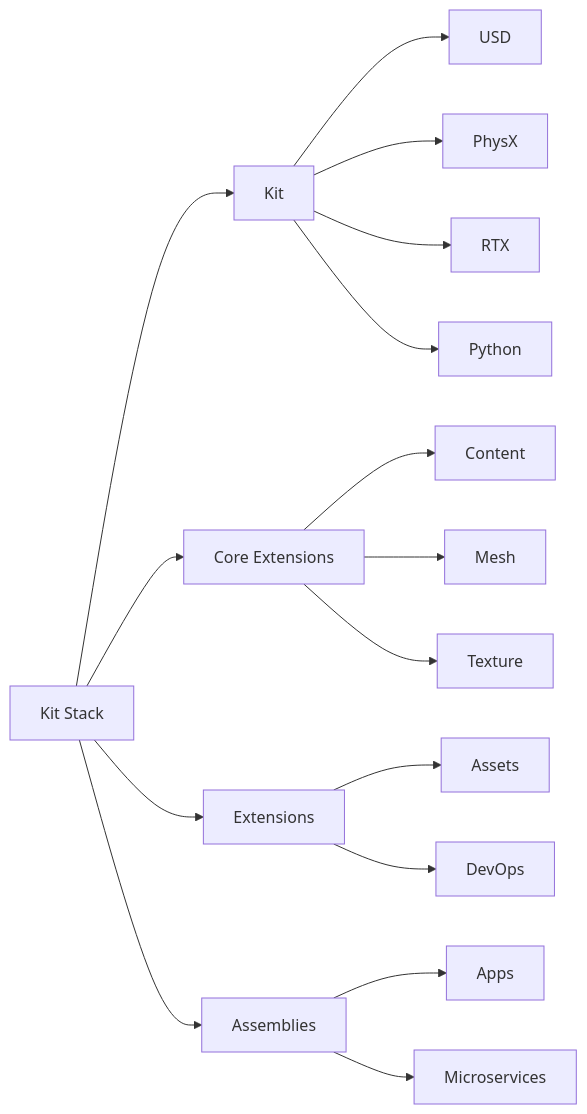
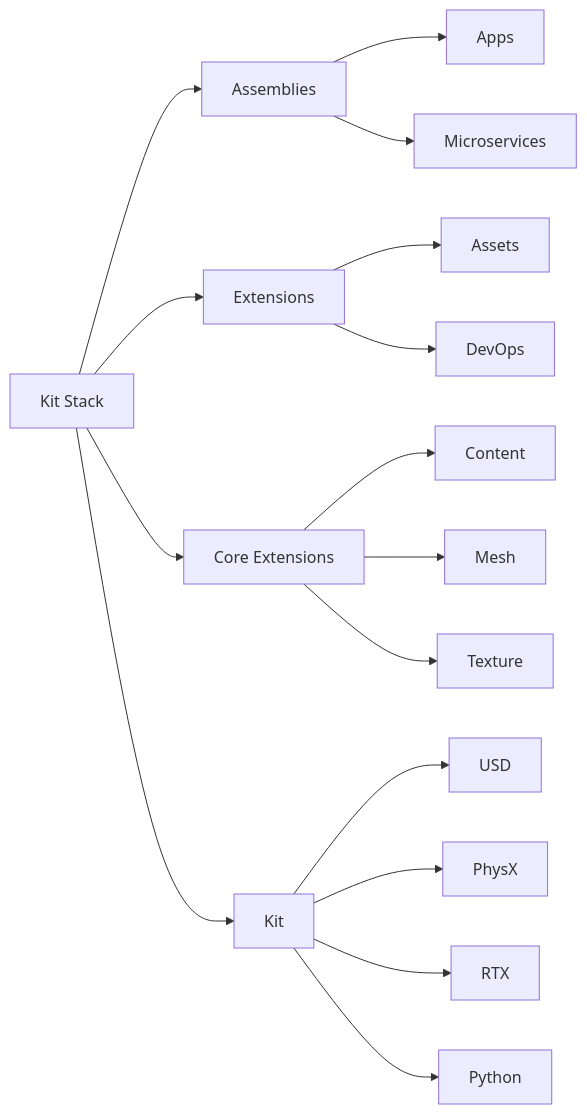
Before and after one commit to g0v-data/g0v-hackmd-archive: the second of 2 diagrams in notes/mHTtI4mNT9iUOnjttJnTkg.md, drawn with Mermaid. The commit also changed other lines of this file and 3 other files, not shown here.

````diff
--- a/notes/mHTtI4mNT9iUOnjttJnTkg.md
+++ b/notes/mHTtI4mNT9iUOnjttJnTkg.md
@@ -36,26 +37,26 @@
 ```mermaid
 flowchart LR
     KS[Kit Stack]
 
+    KS --> A[Assemblies]
+    KS --> E[Extensions]
+    KS --> CE[Core Extensions]
+    KS --> K[Kit]
    
-    KS --> K[Kit]
-    KS --> CE[Core Extensions]
-    KS --> E[Extensions]
-    KS --> A[Assemblies]
 
     A --> App[Apps]
     A --> Micro[Microservices]
 
     E --> Assets[Assets]
     E --> DevOps[DevOps]
 
     CE --> Content[Content]
     CE --> Mesh[Mesh]
     CE --> Texture[Texture]
 
     K --> USD[USD]
     K --> PhysX[PhysX]
     K --> RTX[RTX]
     K --> PY[Python]
 
 ```
````
